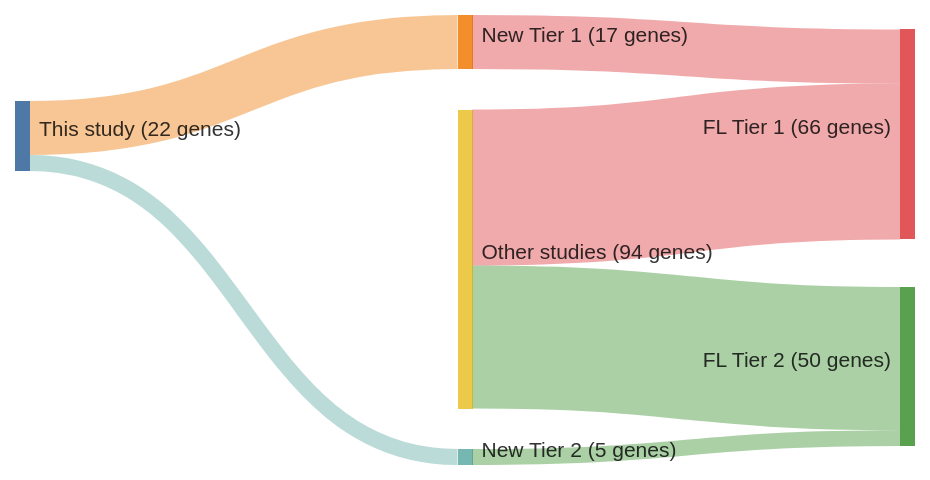
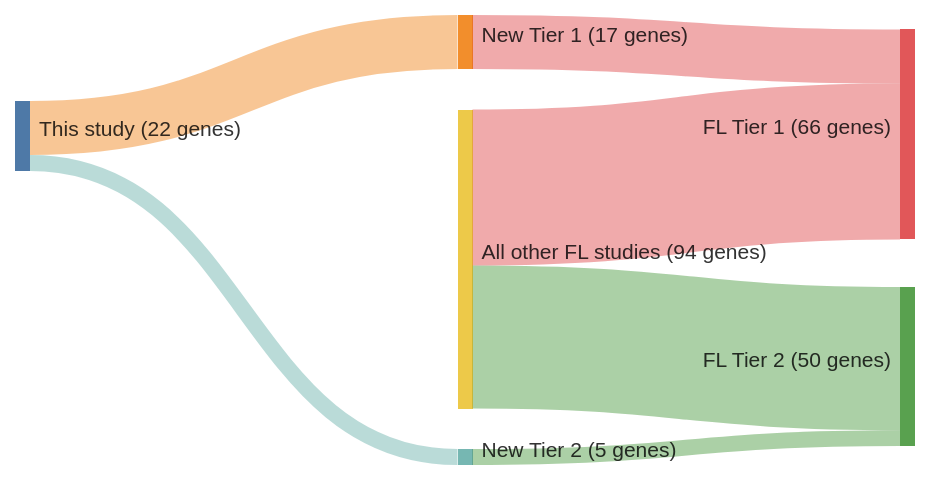
The diagram in papers/krysiakRecurrentSomaticMutations2017b.md (morinlab/lymphopedia), drawn with Mermaid before and after one commit. The commit also changed 82 other files, not shown here.

````diff
--- a/papers/krysiakRecurrentSomaticMutations2017b.md
+++ b/papers/krysiakRecurrentSomaticMutations2017b.md
@@ -12,20 +12,20 @@
 ```mermaid
 ---
 config:
     sankey:
         showValues: true
         linkColor: target
         width: 600
         height: 300
         nodeAlignment: right
         prefix: '('
         suffix: ' genes)'
 ---
 sankey-beta
 This study, New Tier 1, 17
 New Tier 1, FL Tier 1, 17
 This study, New Tier 2, 5
 New Tier 2, FL Tier 2, 5
-Other studies, FL Tier 1, 49
-Other studies, FL Tier 2, 45
+All other FL studies, FL Tier 1, 49
+All other FL studies, FL Tier 2, 45
 ```
````
